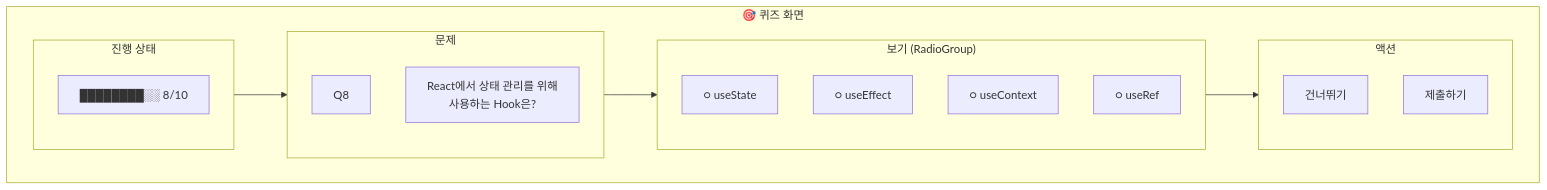
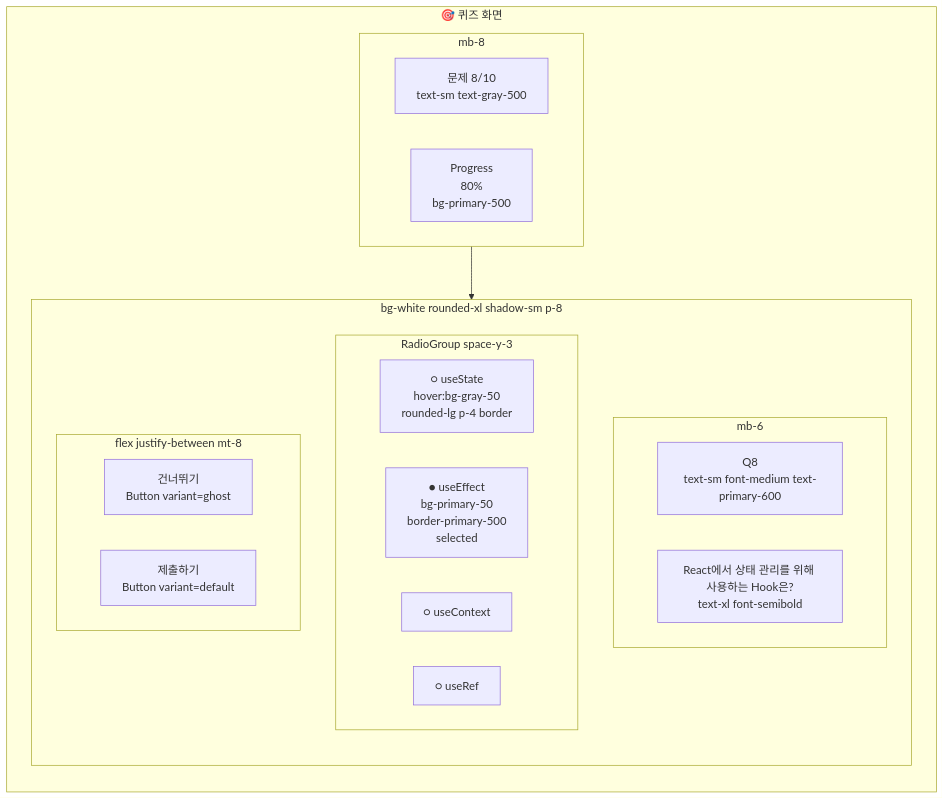
Before and after one commit to garimto81/ggp-ojt-v2: the tenth of 13 diagrams in tasks/prds/PRD-0015-ui-redesign-shadcn.md, drawn with Mermaid. The commit also changed other lines of this file, not shown here.

First line of the commit message:
docs(prd): PRD-0015 컬러 톤앤매너 + 세로 워크플로우 추가

````diff
--- a/tasks/prds/PRD-0015-ui-redesign-shadcn.md
+++ b/tasks/prds/PRD-0015-ui-redesign-shadcn.md
@@ -317,27 +572,34 @@
 ```mermaid
 graph TB
     subgraph QuizView["🎯 퀴즈 화면"]
-        subgraph Progress["진행 상태"]
-            ProgressBar["████████░░ 8/10"]
+        direction TB
+
+        subgraph QuizHeader["mb-8"]
+            ProgressLabel["문제 8/10<br/>text-sm text-gray-500"]
+            ProgressBar["Progress<br/>80%<br/>bg-primary-500"]
         end
 
-        subgraph Question["문제"]
-            QNum["Q8"]
-            QText["React에서 상태 관리를 위해<br/>사용하는 Hook은?"]
-        end
+        subgraph QuizCard["bg-white rounded-xl shadow-sm p-8"]
+            direction TB
 
-        subgraph Options["보기 (RadioGroup)"]
-            O1["○ useState"]
-            O2["○ useEffect"]
-            O3["○ useContext"]
-            O4["○ useRef"]
-        end
+            subgraph Question["mb-6"]
+                QNum["Q8<br/>text-sm font-medium text-primary-600"]
+                QText["React에서 상태 관리를 위해 사용하는 Hook은?<br/>text-xl font-semibold"]
+            end
 
-        subgraph Actions["액션"]
-            Skip["건너뛰기"]
-            Submit["제출하기"]
+            subgraph Options["RadioGroup space-y-3"]
+                Opt1["○ useState<br/>hover:bg-gray-50<br/>rounded-lg p-4 border"]
+                Opt2["● useEffect<br/>bg-primary-50<br/>border-primary-500<br/>selected"]
+                Opt3["○ useContext"]
+                Opt4["○ useRef"]
+            end
+
+            subgraph QuizActions["flex justify-between mt-8"]
+                SkipBtn["건너뛰기<br/>Button variant=ghost"]
+                SubmitBtn["제출하기<br/>Button variant=default"]
+            end
         end
     end
 
-    Progress --> Question --> Options --> Actions
+    QuizHeader --> QuizCard
 ```
````
